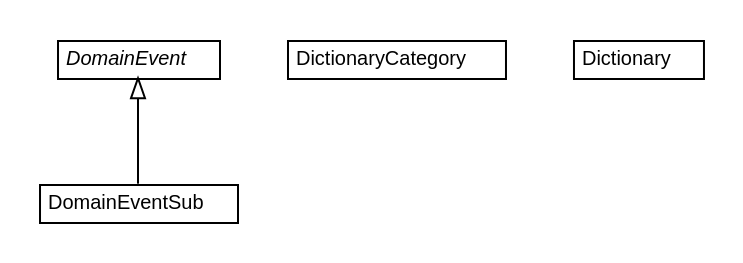
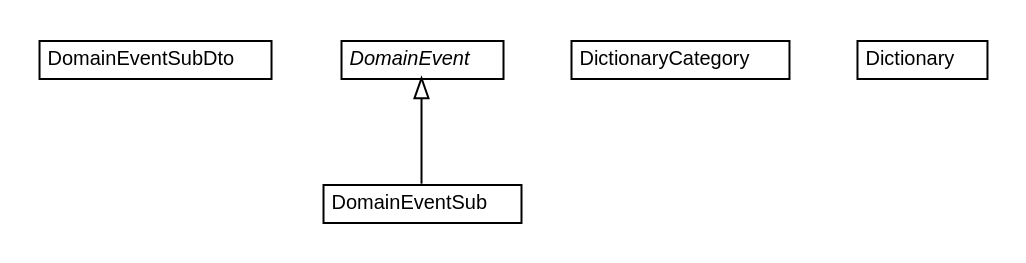
Before and after one commit to dayatang/dddlib: the diagram in dddlib-utils/testapidocs/org/dayatang/utils/support/org.dayatang.utils.support.dot, drawn with Graphviz. The commit also changed 289 other files, not shown here.

```diff
--- a/dddlib-utils/testapidocs/org/dayatang/utils/support/org.dayatang.utils.support.dot
+++ b/dddlib-utils/testapidocs/org/dayatang/utils/support/org.dayatang.utils.support.dot
@@ -1,38 +1,44 @@
 #!/usr/local/bin/dot
 #
 # Class diagram 
 # Generated by UMLGraph version R5_6_6-8-g8d7759 (http://www.umlgraph.org/)
 #
 
 digraph G {
 	edge [fontname="Helvetica",fontsize=10,labelfontname="Helvetica",labelfontsize=10];
 	node [fontname="Helvetica",fontsize=10,shape=plaintext];
 	nodesep=0.25;
 	ranksep=0.5;
+	// org.dayatang.utils.support.DomainEventSubDto
+	c63 [label=<<table title="org.dayatang.utils.support.DomainEventSubDto" border="0" cellborder="1" cellspacing="0" cellpadding="2" port="p" href="./DomainEventSubDto.html">
+		<tr><td><table border="0" cellspacing="0" cellpadding="1">
+<tr><td align="center" balign="center"> DomainEventSubDto </td></tr>
+		</table></td></tr>
+		</table>>, URL="./DomainEventSubDto.html", fontname="Helvetica", fontcolor="black", fontsize=10.0];
 	// org.dayatang.utils.support.DomainEventSub
-	c60 [label=<<table title="org.dayatang.utils.support.DomainEventSub" border="0" cellborder="1" cellspacing="0" cellpadding="2" port="p" href="./DomainEventSub.html">
+	c64 [label=<<table title="org.dayatang.utils.support.DomainEventSub" border="0" cellborder="1" cellspacing="0" cellpadding="2" port="p" href="./DomainEventSub.html">
 		<tr><td><table border="0" cellspacing="0" cellpadding="1">
 <tr><td align="center" balign="center"> DomainEventSub </td></tr>
 		</table></td></tr>
 		</table>>, URL="./DomainEventSub.html", fontname="Helvetica", fontcolor="black", fontsize=10.0];
 	// org.dayatang.utils.support.DomainEvent
-	c61 [label=<<table title="org.dayatang.utils.support.DomainEvent" border="0" cellborder="1" cellspacing="0" cellpadding="2" port="p" href="./DomainEvent.html">
+	c65 [label=<<table title="org.dayatang.utils.support.DomainEvent" border="0" cellborder="1" cellspacing="0" cellpadding="2" port="p" href="./DomainEvent.html">
 		<tr><td><table border="0" cellspacing="0" cellpadding="1">
 <tr><td align="center" balign="center"><font face="Helvetica-Oblique"> DomainEvent </font></td></tr>
 		</table></td></tr>
 		</table>>, URL="./DomainEvent.html", fontname="Helvetica", fontcolor="black", fontsize=10.0];
 	// org.dayatang.utils.support.DictionaryCategory
-	c62 [label=<<table title="org.dayatang.utils.support.DictionaryCategory" border="0" cellborder="1" cellspacing="0" cellpadding="2" port="p" href="./DictionaryCategory.html">
+	c66 [label=<<table title="org.dayatang.utils.support.DictionaryCategory" border="0" cellborder="1" cellspacing="0" cellpadding="2" port="p" href="./DictionaryCategory.html">
 		<tr><td><table border="0" cellspacing="0" cellpadding="1">
 <tr><td align="center" balign="center"> DictionaryCategory </td></tr>
 		</table></td></tr>
 		</table>>, URL="./DictionaryCategory.html", fontname="Helvetica", fontcolor="black", fontsize=10.0];
 	// org.dayatang.utils.support.Dictionary
-	c63 [label=<<table title="org.dayatang.utils.support.Dictionary" border="0" cellborder="1" cellspacing="0" cellpadding="2" port="p" href="./Dictionary.html">
+	c67 [label=<<table title="org.dayatang.utils.support.Dictionary" border="0" cellborder="1" cellspacing="0" cellpadding="2" port="p" href="./Dictionary.html">
 		<tr><td><table border="0" cellspacing="0" cellpadding="1">
 <tr><td align="center" balign="center"> Dictionary </td></tr>
 		</table></td></tr>
 		</table>>, URL="./Dictionary.html", fontname="Helvetica", fontcolor="black", fontsize=10.0];
 	//org.dayatang.utils.support.DomainEventSub extends org.dayatang.utils.support.DomainEvent
-	c61:p -> c60:p [dir=back,arrowtail=empty];
+	c65:p -> c64:p [dir=back,arrowtail=empty];
 }
```
